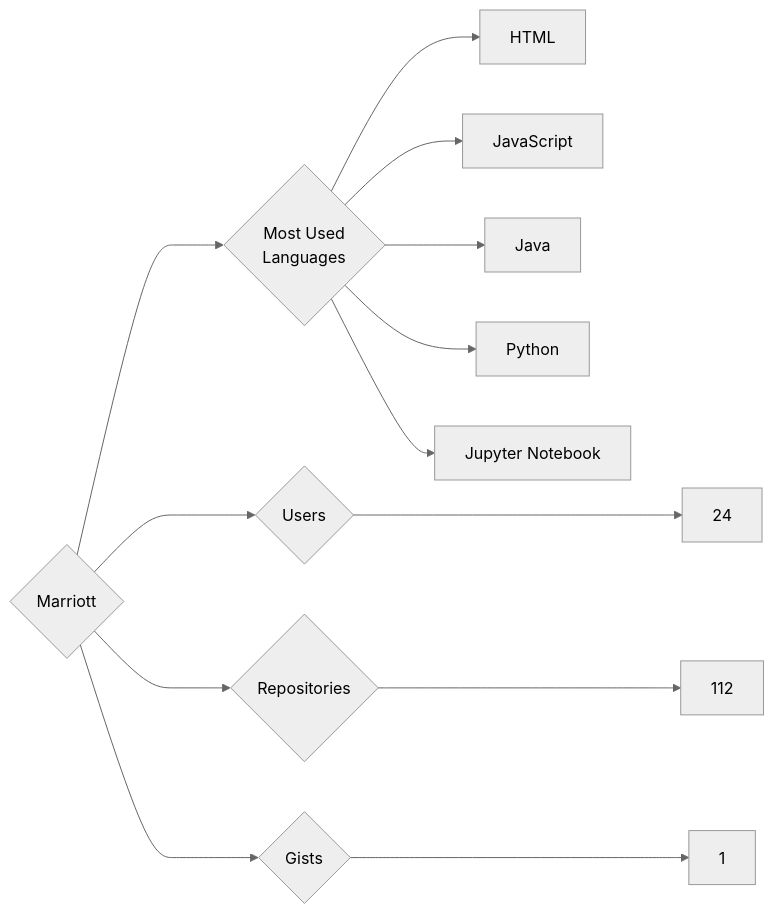
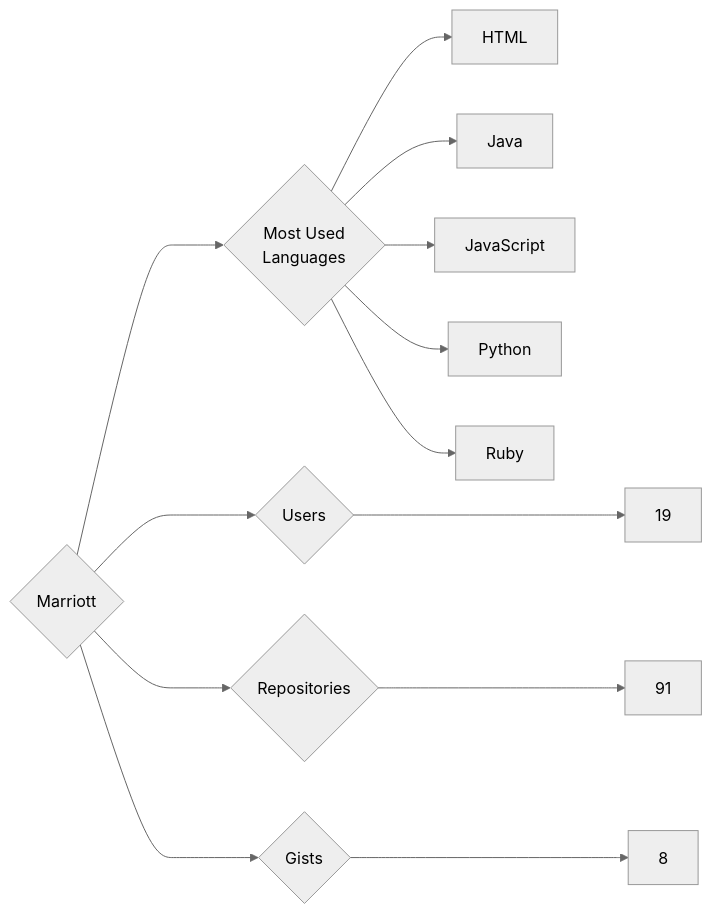
Before and after one commit to trickest/insiders: the diagram in targets/Marriott/README.md, drawn with Mermaid (neutral theme). The commit also changed 860 other files, not shown here.

````diff
--- a/targets/Marriott/README.md
+++ b/targets/Marriott/README.md
@@ -3,13 +3,13 @@
 ```mermaid
 graph LR
 COMPANY_NAME{Marriott}
-COMPANY_NAME ---> U{Users} ---> UN[24]
-COMPANY_NAME ---> R{Repositories} ---> RN[112]
-COMPANY_NAME ---> G{Gists} ---> GN[1]
+COMPANY_NAME ---> U{Users} ---> UN[19]
+COMPANY_NAME ---> R{Repositories} ---> RN[91]
+COMPANY_NAME ---> G{Gists} ---> GN[8]
 COMPANY_NAME ---> ML{Most Used<br>Languages}
 ML --> HTML[HTML]
+ML --> Java[Java]
 ML --> JavaScript[JavaScript]
-ML --> Java[Java]
 ML --> Python[Python]
-ML --> Jupyter_Notebook[Jupyter Notebook]
+ML --> Ruby[Ruby]
 ```
````
